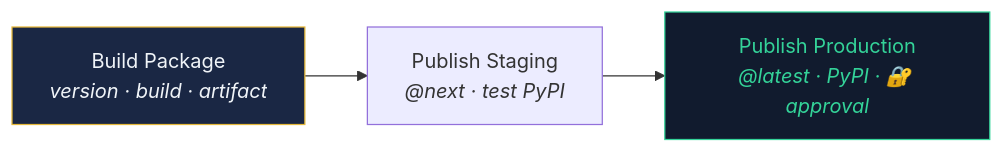
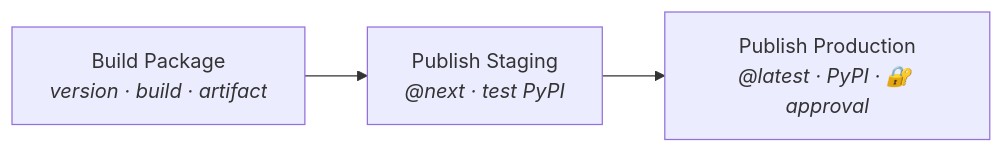
Before and after one commit to mruthyunjaya-lakkappanavar/gha-reusable-workflows-docs: the third of 3 diagrams in docs/03-reusable-workflows.md, drawn with Mermaid. The commit also changed other lines of this file and 4 other files, not shown here.

Commit message:
Remove hardcoded dark styles from Mermaid diagrams for light/dark mode support

````diff
--- a/docs/03-reusable-workflows.md
+++ b/docs/03-reusable-workflows.md
@@ -233,11 +225,8 @@
 ```mermaid
 flowchart LR
     A["Build Package<br/><em>version · build · artifact</em>"]
     B["Publish Staging<br/><em>@next · test PyPI</em>"]
     C["Publish Production<br/><em>@latest · PyPI · 🔐 approval</em>"]
 
     A --> B --> C
-
-    style A fill:#1a2744,stroke:#e5b83a,color:#f0f4f8
-    style C fill:#111b2e,stroke:#34d399,color:#34d399
 ```
````
